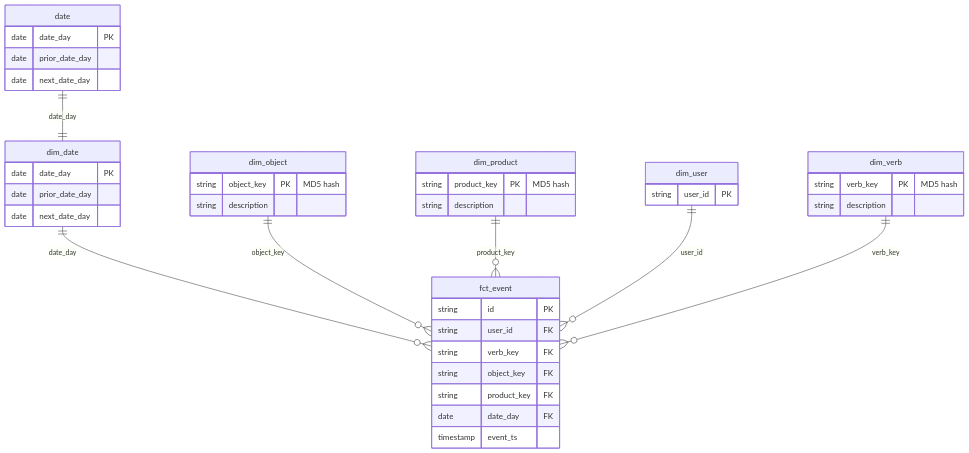
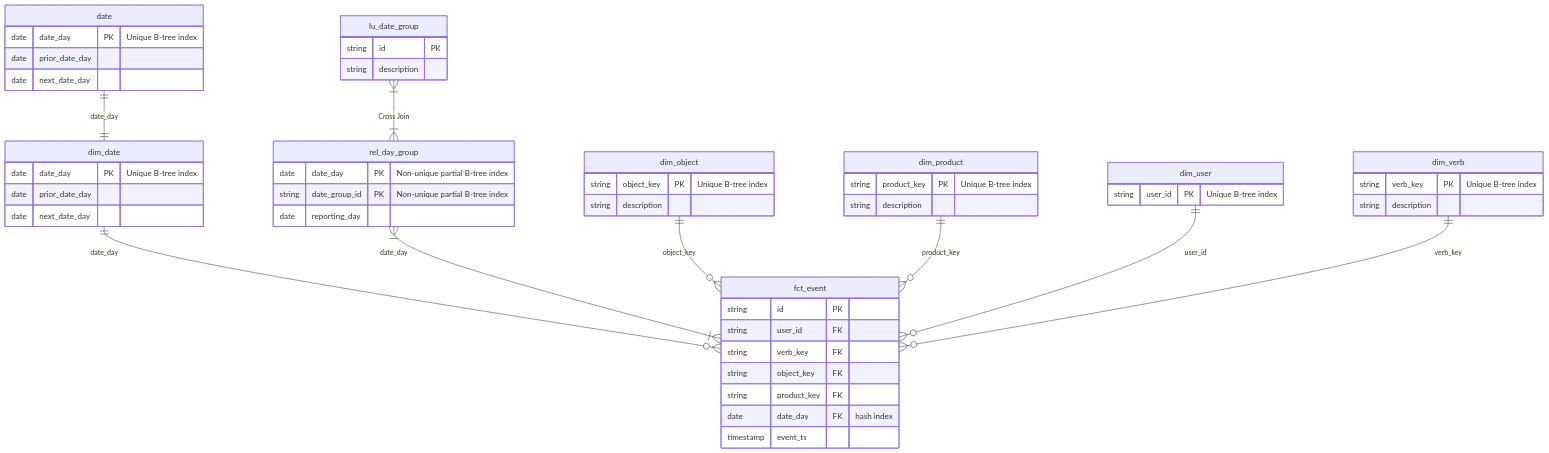
One commit to ilenos/data-model changed the diagram in README.md. Above: the diagram before and after it, drawn with Mermaid. The commit also changed other lines of this file and 1 other file, not shown here.

````diff
--- a/README.md
+++ b/README.md
@@ -47,44 +7,55 @@
 ```mermaid
 erDiagram
     date {
-        date date_day PK
+        date date_day PK "Unique B-tree index"
         date prior_date_day
         date next_date_day
     }
     dim_date {
-        date date_day PK
+        date date_day PK "Unique B-tree index"
         date prior_date_day
         date next_date_day
     }
     dim_object {
-        string object_key PK "MD5 hash"
+        string object_key PK "Unique B-tree index"
         string description
     }
     dim_product {
-        string product_key PK "MD5 hash"
+        string product_key PK "Unique B-tree index"
         string description
     }
     dim_verb {
-        string verb_key PK "MD5 hash"
+        string verb_key PK "Unique B-tree index"
         string description
     }
     dim_user {
-        string user_id PK
+        string user_id PK "Unique B-tree index"
     }
     fct_event {
         string id PK
         string user_id FK
         string verb_key FK
         string object_key FK
         string product_key FK
-        date date_day FK
+        date date_day FK "hash index"
         timestamp event_ts
 
     }
+    lu_date_group {
+        string id PK
+        string description
+    }
+    rel_day_group {
+        date date_day PK "Non-unique partial B-tree index"
+        string date_group_id PK "Non-unique partial B-tree index"
+        date reporting_day
+    }
     date ||--|| dim_date:::bg : "date_day"
     dim_date ||--o{ fct_event : "date_day"
+    lu_date_group }|--|{ rel_day_group : "Cross Join"
+    rel_day_group }|--|{ fct_event : "date_day"
     dim_object ||--o{ fct_event : "object_key"
     dim_product ||--o{ fct_event : "product_key"
     dim_user ||--o{ fct_event : "user_id"
     dim_verb ||--o{ fct_event : "verb_key"
 ```
````
